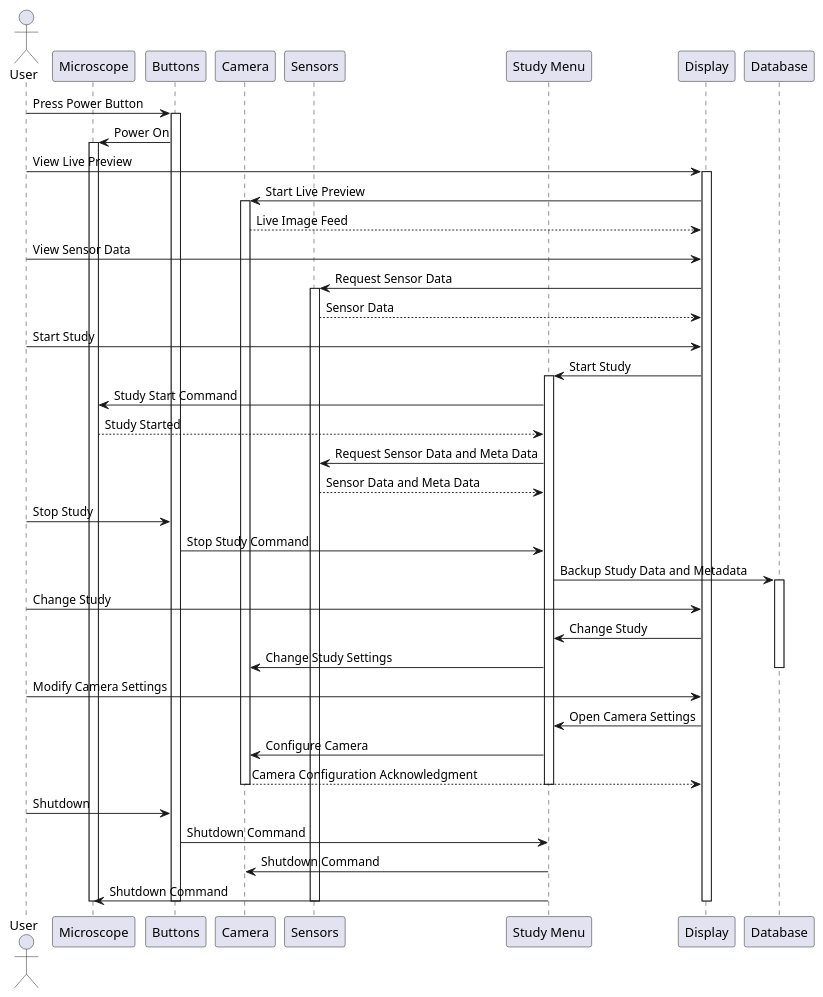
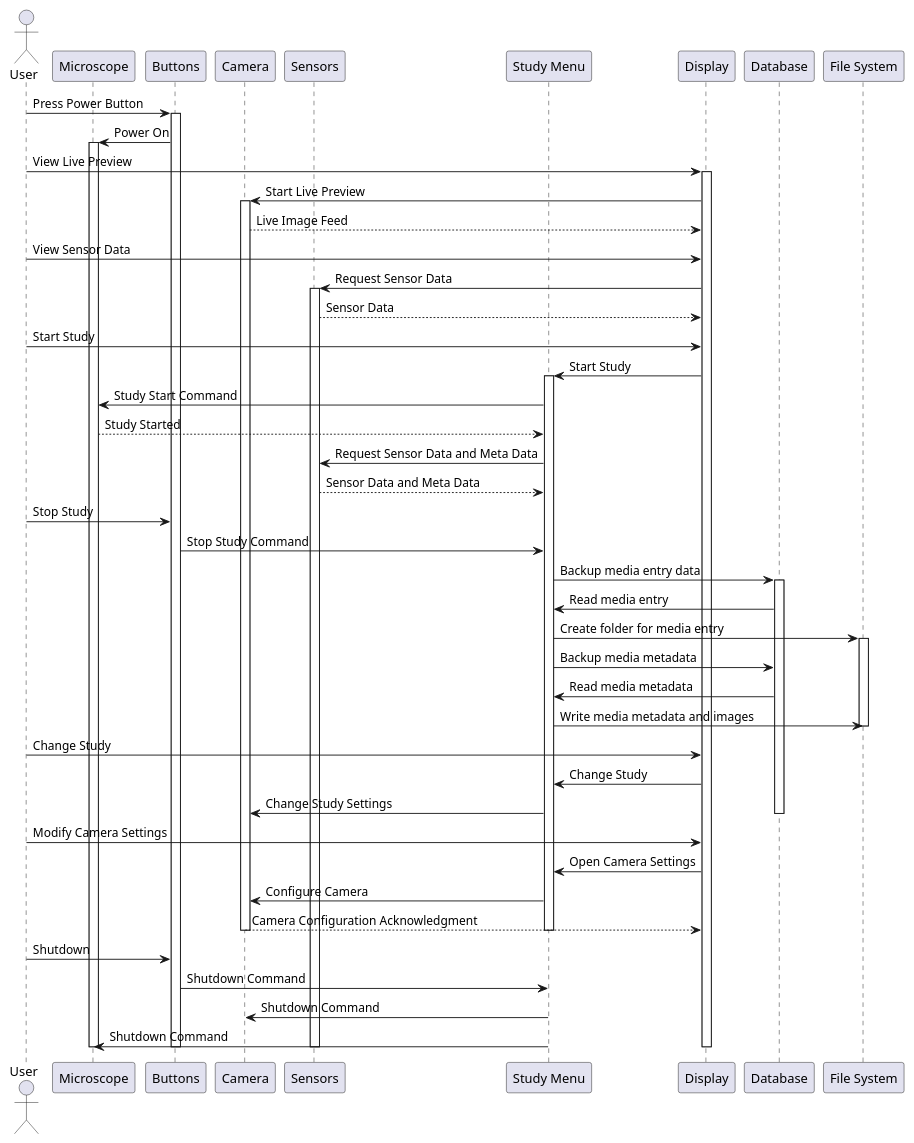
Before and after one commit to fabiomatos999/M.O.S.I.S: the diagram in Final_Report_Document/Appendix/Design_Documentation/Sequence_Diagram/Figures/sequence.pu, drawn with PlantUML. The commit also changed 4 other files, not shown here.

Commit message:
Fix ER, activity and sequence diagrams.

```diff
--- a/Final_Report_Document/Appendix/Design_Documentation/Sequence_Diagram/Figures/sequence.pu
+++ b/Final_Report_Document/Appendix/Design_Documentation/Sequence_Diagram/Figures/sequence.pu
@@ -1,58 +1,66 @@
 @startuml
 actor User
 participant "Microscope" as microscope
 participant "Buttons" as buttons
 participant "Camera" as camera
 participant "Sensors" as sensors
 participant "Study Menu" as software
 participant "Display" as screen
 participant "Database" as db
+participant "File System" as fs
 User -> buttons: Press Power Button
 activate buttons
 buttons -> microscope: Power On
 activate microscope
 User -> screen: View Live Preview
 activate screen
 screen -> camera: Start Live Preview
 activate camera
 camera --> screen: Live Image Feed
 User -> screen: View Sensor Data
 screen -> sensors: Request Sensor Data
 activate sensors
 sensors --> screen: Sensor Data
 User -> screen: Start Study
 screen -> software: Start Study
 activate software
 software -> microscope: Study Start Command
 
 
 microscope --> software: Study Started
 software ->sensors: Request Sensor Data and Meta Data
 sensors -->software: Sensor Data and Meta Data
 User -> buttons: Stop Study
 buttons -> software: Stop Study Command
-software -> db: Backup Study Data and Metadata
+software -> db: Backup media entry data
 activate db
+db -> software: Read media entry
+software -> fs: Create folder for media entry
+activate fs
+software -> db: Backup media metadata						
+db -> software: Read media metadata
+software -> fs: Write media metadata and images							
+deactivate fs
 User -> screen: Change Study
 screen -> software: Change Study
 software -> camera: Change Study Settings
 deactivate db
 User -> screen: Modify Camera Settings
 screen -> software: Open Camera Settings
 
 
 software -> camera: Configure Camera
 
 camera --> screen: Camera Configuration Acknowledgment
 deactivate camera
 
 deactivate software
 User->buttons: Shutdown
 buttons ->software: Shutdown Command
 software ->camera: Shutdown Command
 software ->microscope: Shutdown Command
  deactivate screen
  deactivate buttons
  deactivate microscope
  deactivate sensors
 @enduml
```
